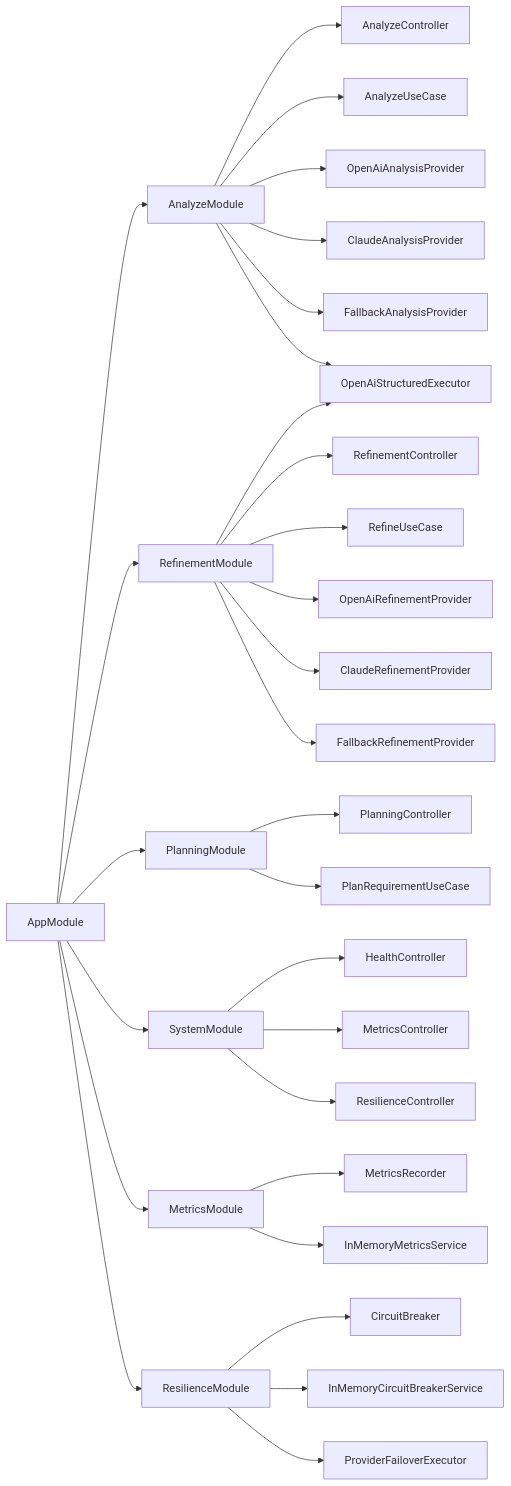
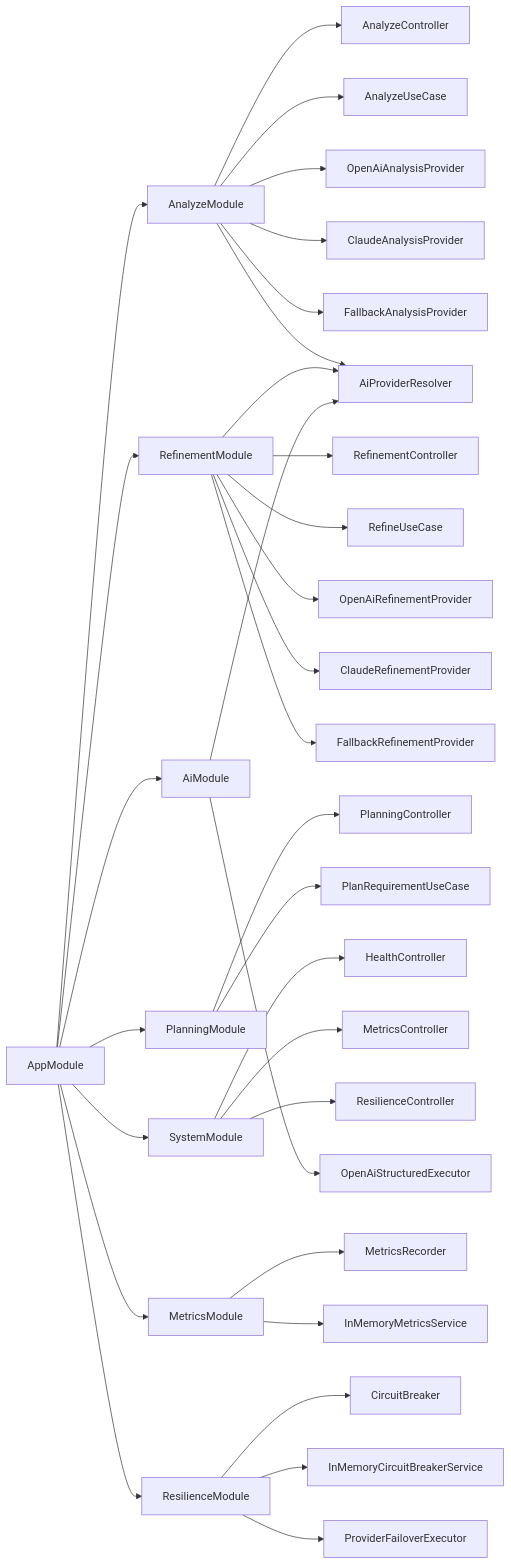
The diagram in docs/diagrams/module-diagram.md (gustavoarielms/ai-orchestrator), drawn with Mermaid before and after one commit. The commit also changed 6 other files, not shown here.

First line of the commit message:
docs(architecture): align documentation with shared AI runtime and failover strategy

````diff
--- a/docs/diagrams/module-diagram.md
+++ b/docs/diagrams/module-diagram.md
@@ -3,37 +3,41 @@
 ```mermaid
 flowchart LR
     AppModule --> AnalyzeModule
     AppModule --> RefinementModule
     AppModule --> PlanningModule
     AppModule --> SystemModule
+    AppModule --> AiModule
     AppModule --> MetricsModule
     AppModule --> ResilienceModule
 
     AnalyzeModule --> AnalyzeController
     AnalyzeModule --> AnalyzeUseCase
     AnalyzeModule --> OpenAiAnalysisProvider
     AnalyzeModule --> ClaudeAnalysisProvider
     AnalyzeModule --> FallbackAnalysisProvider
-    AnalyzeModule --> OpenAiStructuredExecutor
+    AnalyzeModule --> AiProviderResolver
 
     RefinementModule --> RefinementController
     RefinementModule --> RefineUseCase
     RefinementModule --> OpenAiRefinementProvider
     RefinementModule --> ClaudeRefinementProvider
     RefinementModule --> FallbackRefinementProvider
-    RefinementModule --> OpenAiStructuredExecutor
+    RefinementModule --> AiProviderResolver
+
+    AiModule --> AiProviderResolver
+    AiModule --> OpenAiStructuredExecutor
 
     PlanningModule --> PlanningController
     PlanningModule --> PlanRequirementUseCase
 
     SystemModule --> HealthController
     SystemModule --> MetricsController
     SystemModule --> ResilienceController
 
     MetricsModule --> MetricsRecorder
     MetricsModule --> InMemoryMetricsService
 
     ResilienceModule --> CircuitBreaker
     ResilienceModule --> InMemoryCircuitBreakerService
     ResilienceModule --> ProviderFailoverExecutor
 ```
````
